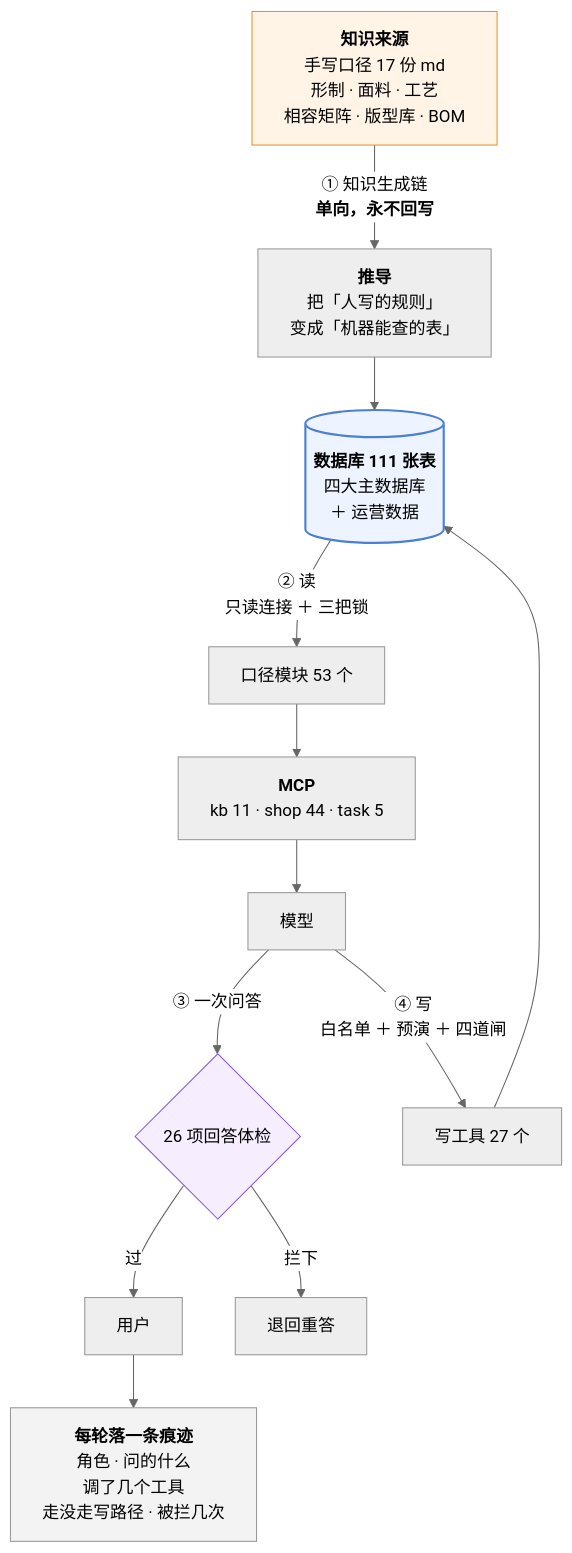
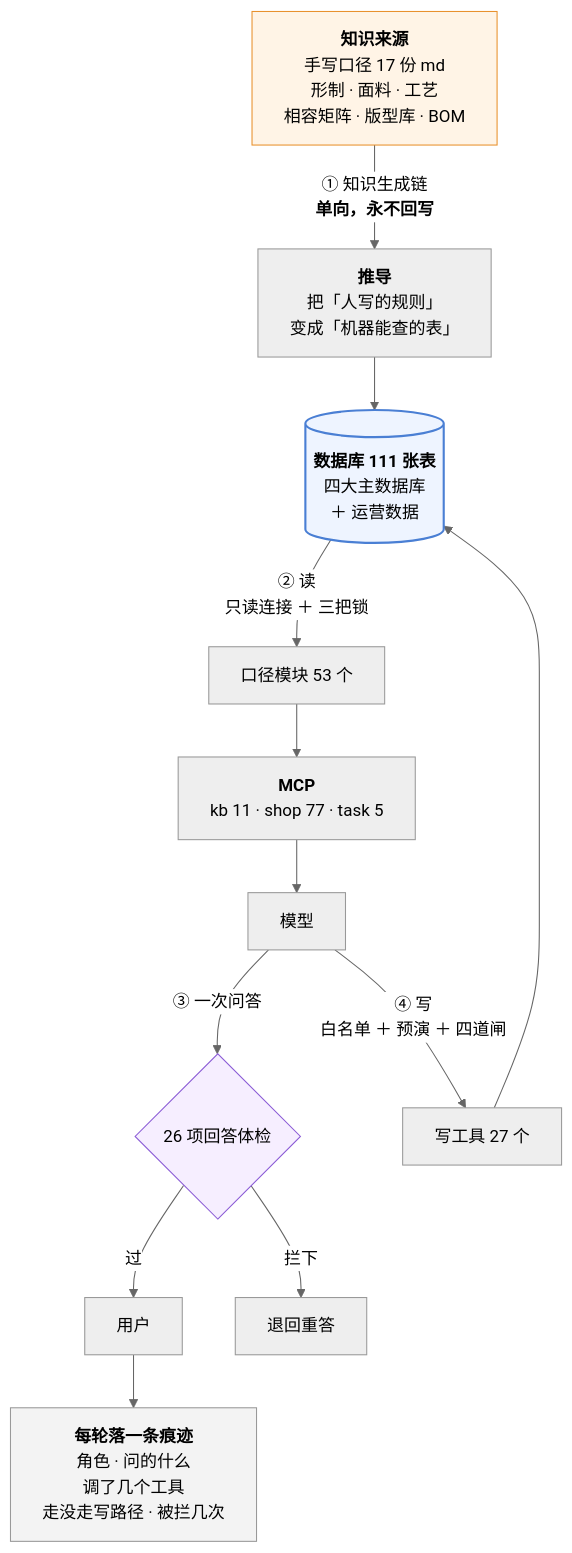
Before and after one commit to 843773296-rgb/lanxiu-yunshang-agent: the third of 3 diagrams in 澜绣云裳agent-产品说明.md, drawn with Mermaid (neutral theme). The commit also changed 5 other files, not shown here.

First line of the commit message:
文档数字检查漏了没有量词的行:飞书图上 shop 一直写 43,而早就是 77

````diff
--- a/澜绣云裳agent-产品说明.md
+++ b/澜绣云裳agent-产品说明.md
@@ -969,24 +969,24 @@
 ```mermaid
 flowchart TD
     MD["<b>知识来源</b><br/>手写口径 17 份 md<br/>形制 · 面料 · 工艺<br/>相容矩阵 · 版型库 · BOM"]
     MD -->|"① 知识生成链<br/><b>单向，永不回写</b>"| DV["<b>推导</b><br/>把「人写的规则」<br/>变成「机器能查的表」"]
     DV --> DB[("<b>数据库 111 张表</b><br/>四大主数据库<br/>＋ 运营数据")]
 
     DB -->|"② 读<br/>只读连接 ＋ 三把锁"| KJ["口径模块 53 个"]
-    KJ --> MCP["<b>MCP</b><br/>kb 11 · shop 44 · task 5"]
+    KJ --> MCP["<b>MCP</b><br/>kb 11 · shop 77 · task 5"]
     MCP --> LLM["模型"]
 
     LLM -->|"③ 一次问答"| GD{"26 项回答体检"}
     GD -- 过 --> U["用户"]
     GD -- 拦下 --> RE["退回重答"]
 
     LLM -->|"④ 写<br/>白名单 ＋ 预演 ＋ 四道闸"| W["写工具 27 个"]
     W --> DB
 
     U --> TR["<b>每轮落一条痕迹</b><br/>角色 · 问的什么<br/>调了几个工具<br/>走没走写路径 · 被拦几次"]
 
     style MD fill:#fff4e6,stroke:#e8912d
     style DB fill:#eef4ff,stroke:#4a7fd4,stroke-width:2px
     style GD fill:#f6eeff,stroke:#8b5cd6
     style TR fill:#f3f3f3,stroke:#999
 ```
````
